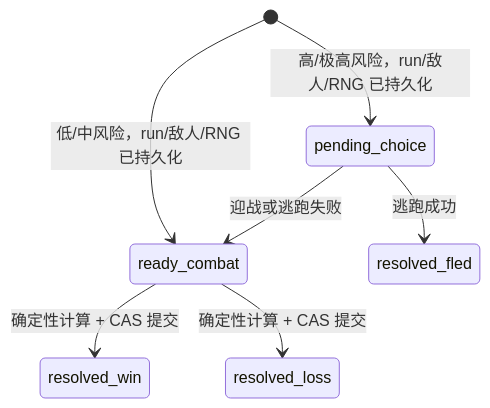
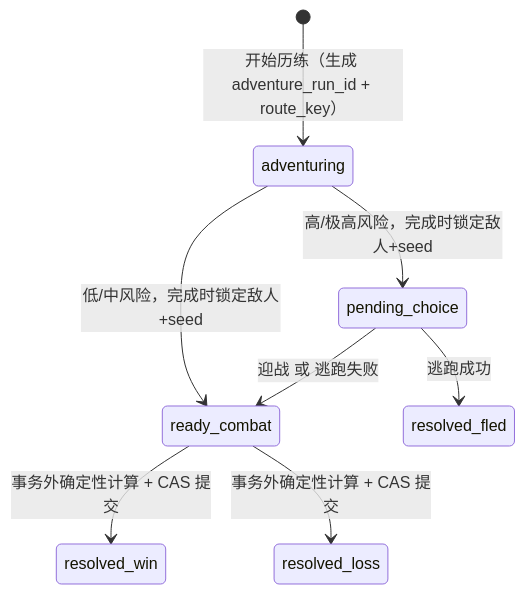
Before and after one commit to fanjinchi/astrbot_plugin_monixiuxian2_2: the diagram in .trellis/tasks/10-10-pve-adventure-settlement/design.md, drawn with Mermaid. The commit also changed other lines of this file and 13 other files, not shown here.

````diff
--- a/.trellis/tasks/10-10-pve-adventure-settlement/design.md
+++ b/.trellis/tasks/10-10-pve-adventure-settlement/design.md
@@ -5,9 +5,10 @@
 ```mermaid
 stateDiagram-v2
-    [*] --> ready_combat: 低/中风险，run/敌人/RNG 已持久化
-    [*] --> pending_choice: 高/极高风险，run/敌人/RNG 已持久化
+    [*] --> adventuring: 开始历练（生成 adventure_run_id + route_key）
+    adventuring --> ready_combat: 低/中风险，完成时锁定敌人+seed
+    adventuring --> pending_choice: 高/极高风险，完成时锁定敌人+seed
+    pending_choice --> ready_combat: 迎战 或 逃跑失败
     pending_choice --> resolved_fled: 逃跑成功
-    pending_choice --> ready_combat: 迎战或逃跑失败
-    ready_combat --> resolved_win: 确定性计算 + CAS 提交
-    ready_combat --> resolved_loss: 确定性计算 + CAS 提交
+    ready_combat --> resolved_win: 事务外确定性计算 + CAS 提交
+    ready_combat --> resolved_loss: 事务外确定性计算 + CAS 提交
 ```
````
